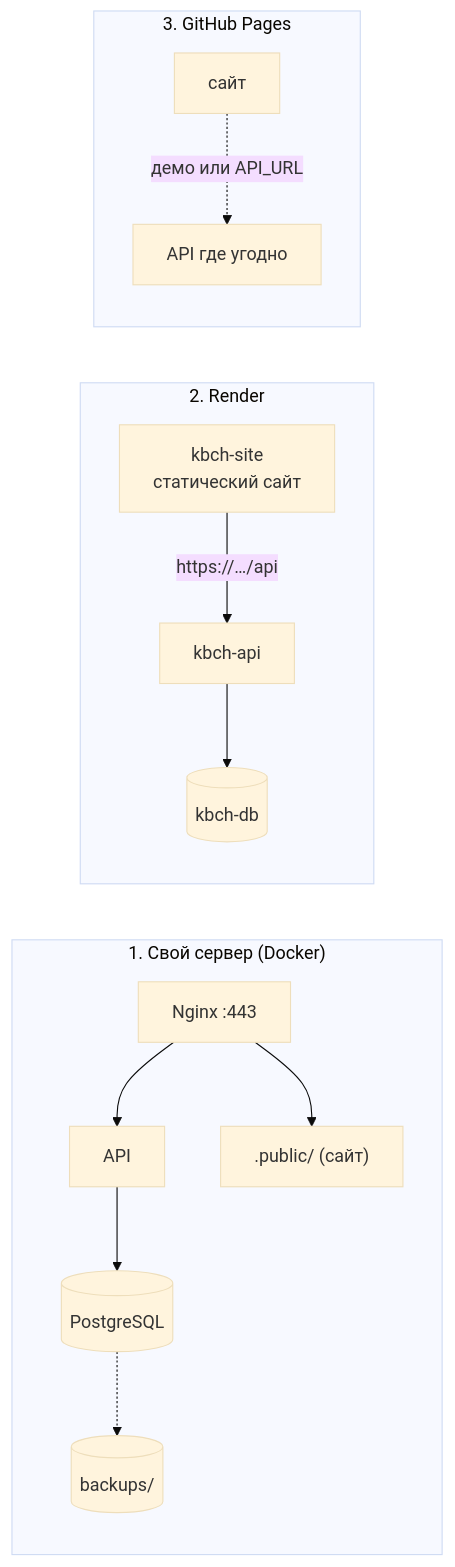
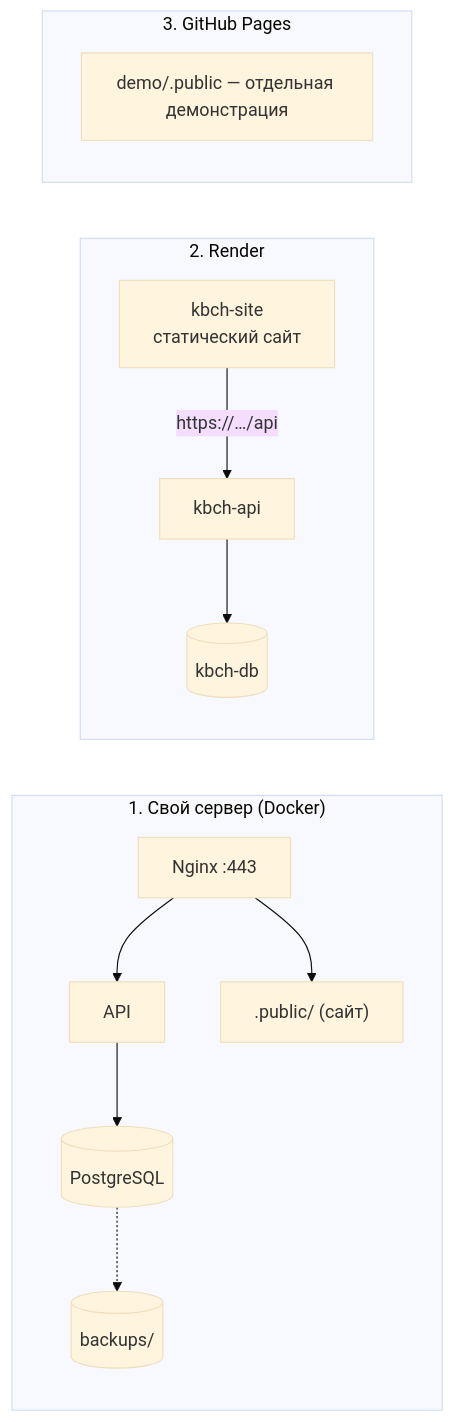
The tenth of 10 diagrams in docs/12-Архитектура.md (dodoser34/123), drawn with Mermaid (base theme) before and after one commit. The commit also changed other lines of this file and 140 other files, not shown here.

````diff
--- a/docs/12-Архитектура.md
+++ b/docs/12-Архитектура.md
@@ -370,17 +370,17 @@
 ```mermaid
 flowchart LR
   subgraph V1["1. Свой сервер (Docker)"]
     direction TB
     n1["Nginx :443"] --> a1["API"] --> d1[("PostgreSQL")]
     n1 --> f1[".public/ (сайт)"]
     d1 -.-> b1[("backups/")]
   end
   subgraph V2["2. Render"]
     direction TB
     f2["kbch-site<br/>статический сайт"] -->|"https://…/api"| a2["kbch-api"] --> d2[("kbch-db")]
   end
   subgraph V3["3. GitHub Pages"]
     direction TB
-    f3["сайт"] -.->|"демо или API_URL"| a3["API где угодно"]
+    f3["demo/.public — отдельная демонстрация"]
   end
 ```
````
